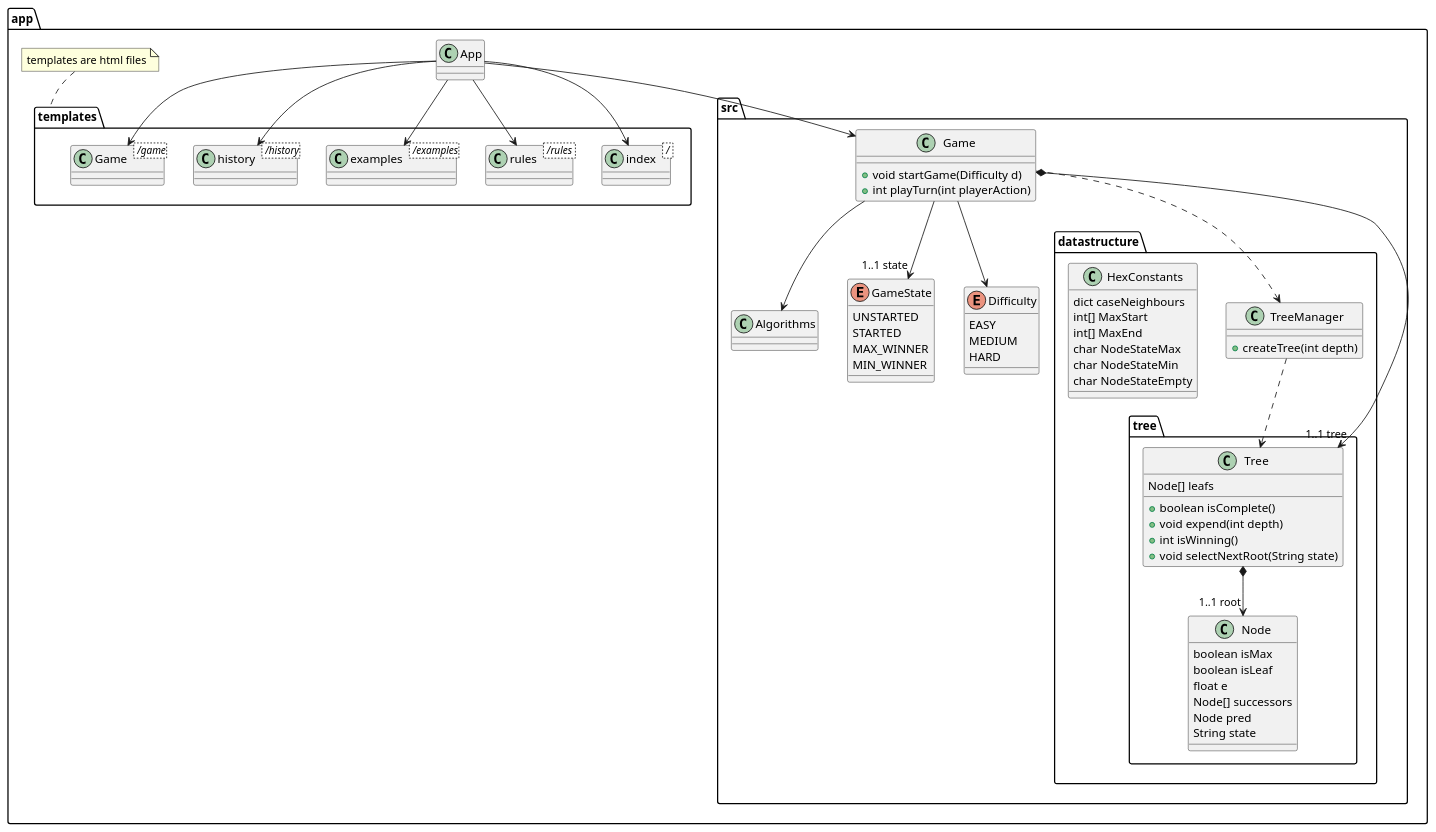
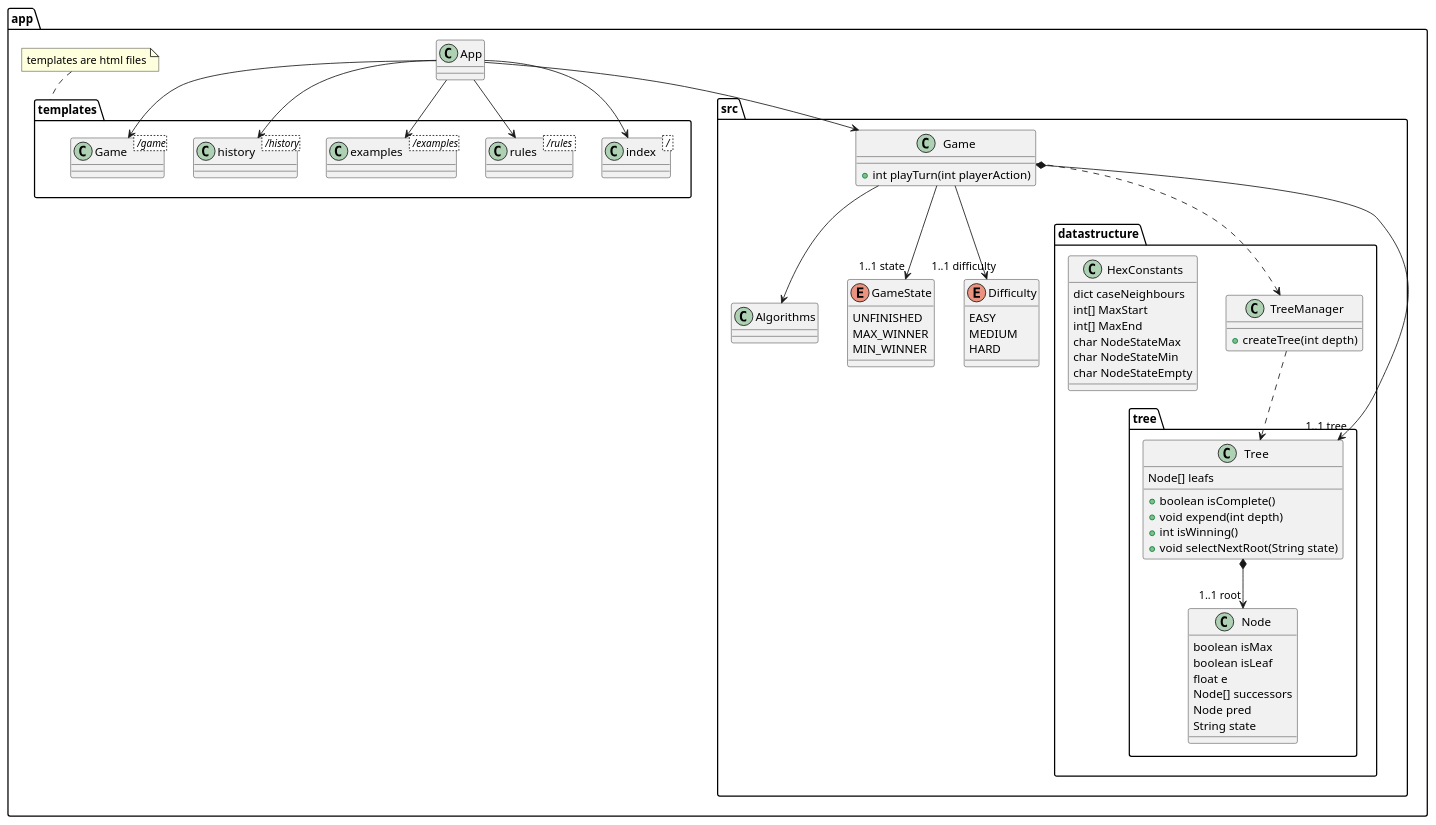
The diagram in diagram.puml (Lucy-Nightgold/Hex), drawn with PlantUML before and after one commit.

Commit message:
updated UML diagram

```diff
--- a/diagram.puml
+++ b/diagram.puml
@@ -1,105 +1,103 @@
 @startuml
 'https://plantuml.com/class-diagram
 
 package app {
 
     class App
 
     package templates {
 
         class index< <U+002F> >
 
         class rules < <U+002F>rules >
 
         class examples < <U+002F>examples>
 
         class history < <U+002F>history>
 
         class Game < <U+002F>game>
 
         App --> index
         App --> rules
         App --> examples
         App --> history
         App --> Game
     }
 
     note top of templates: templates are html files
 
     package src {
 
         class Game {
-            + void startGame(Difficulty d)
             + int playTurn(int playerAction)
         }
 
         class Algorithms {
         }
 
         package datastructure {
 
             package tree {
 
                 class Tree {
                     Node[] leafs
                     + boolean isComplete()
                     + void expend(int depth)
                     + int isWinning()
                     + void selectNextRoot(String state)
                 }
 
                 class Node {
                     boolean isMax
                     boolean isLeaf
                     float e
                     Node[] successors
                     Node pred
                     String state
                 }
 
                 Tree *--> "1..1 root" Node
             }
 
             class TreeManager {
                 + createTree(int depth)
             }
 
             class HexConstants {
                 dict caseNeighbours
                 int[] MaxStart
                 int[] MaxEnd
                 char NodeStateMax
                 char NodeStateMin
                 char NodeStateEmpty
             }
 
             TreeManager ..> Tree
 
         }
 
         Game ..> TreeManager
         Game --> Algorithms
         Game --> "1..1 state" GameState
         Game *--> "1..1 tree" Tree
-        Game --> Difficulty
+        Game --> "1..1 difficulty" Difficulty
 
         enum GameState {
-            UNSTARTED
-            STARTED
+            UNFINISHED
             MAX_WINNER
             MIN_WINNER
         }
 
         enum Difficulty {
             EASY
             MEDIUM
             HARD
         }
 
     }
 
     App --> src.Game
 
 }
 
 @enduml
```
